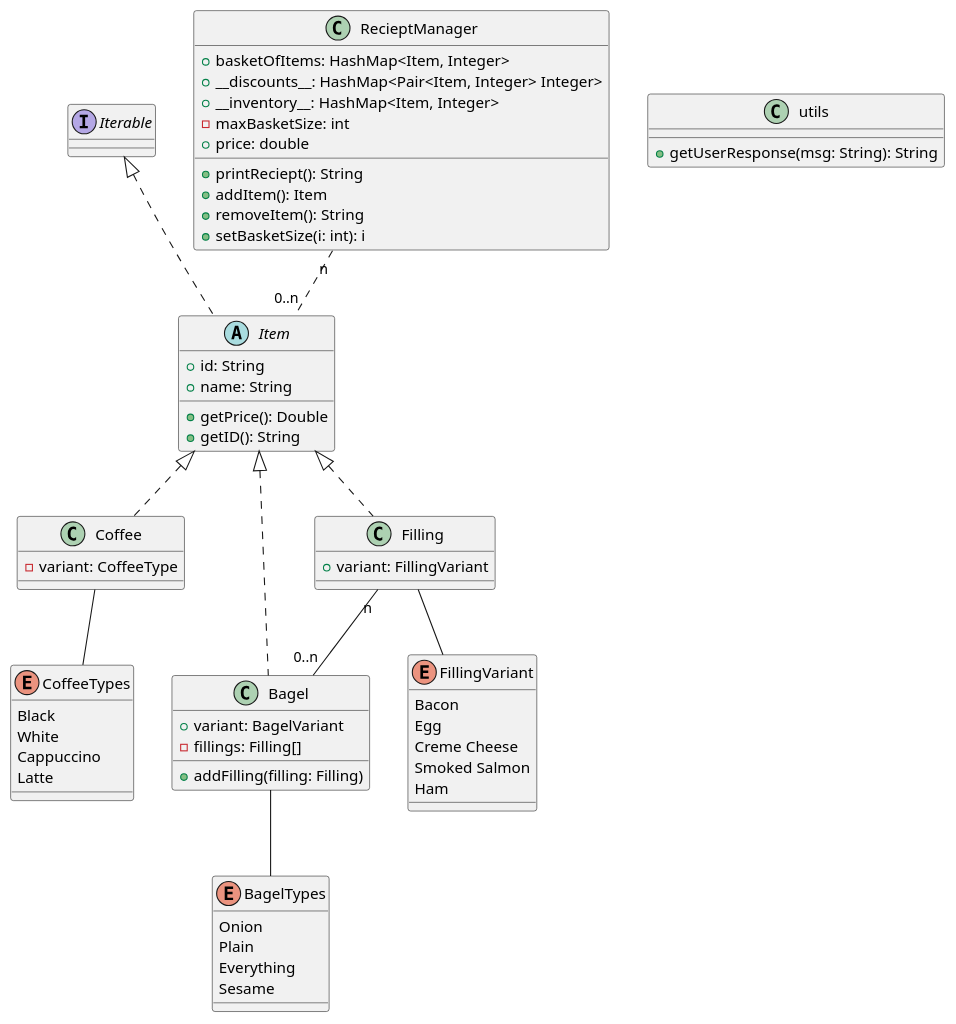
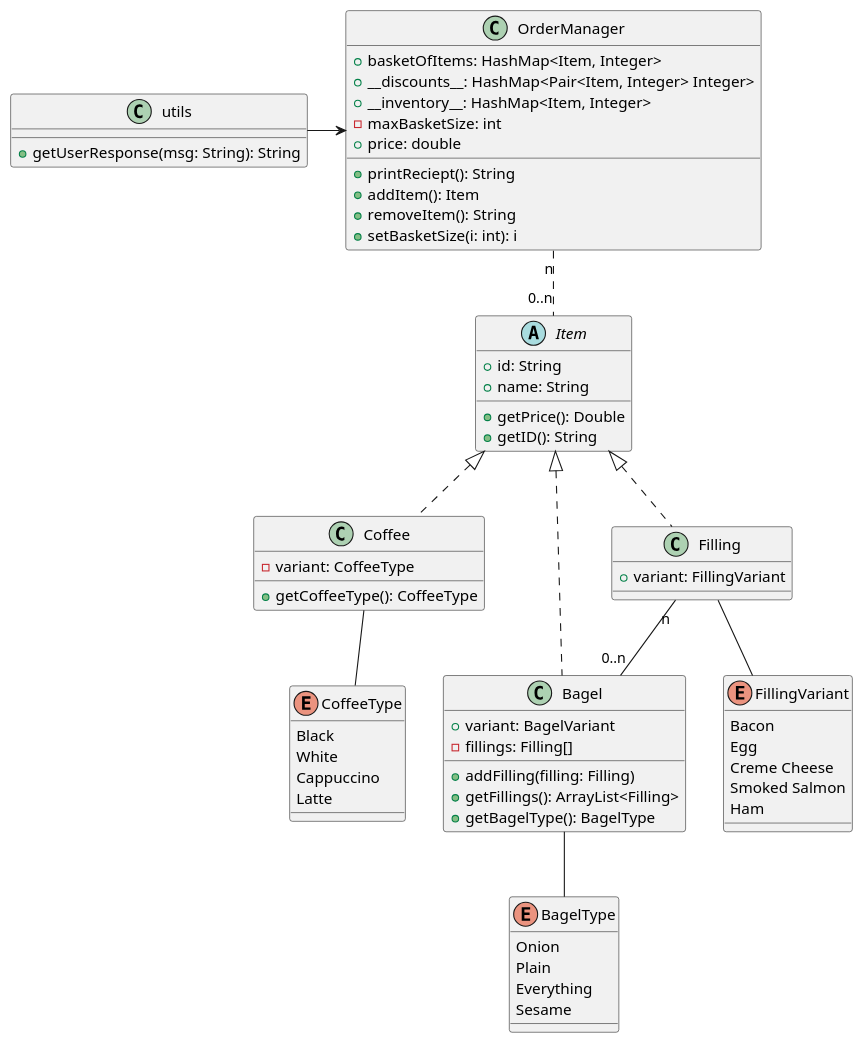
The diagram in ClassDiagram.puml (boolean-uk/java-tdd-oop-bobs-bagels), drawn with PlantUML before and after one commit. The commit also changed 2 other files, not shown here.

```diff
--- a/ClassDiagram.puml
+++ b/ClassDiagram.puml
@@ -1,78 +1,83 @@
 @startuml
-Abstract class Item implements Iterable{
+Abstract class Item{
     + id: String
     + name: String
     + getPrice(): Double
     + getID(): String
 }
 
 class Bagel implements Item{
     + variant: BagelVariant
     - fillings: Filling[]
     + addFilling(filling: Filling)
     ' display cost of filling before adding
     ' should confirm with customer before adding filling
+    + getFillings(): ArrayList<Filling>
+    + getBagelType(): BagelType
 }
 
-enum BagelTypes{
+enum BagelType{
     Onion
     Plain
     Everything
     Sesame
 }
-Bagel -- BagelTypes
+Bagel -- BagelType
 
 
 class Coffee implements Item{
     - variant: CoffeeType
+    + getCoffeeType(): CoffeeType
 }
-enum CoffeeTypes {
+enum CoffeeType {
     Black
     White
     Cappuccino
     Latte
 }
 
-Coffee -- CoffeeTypes
+Coffee -- CoffeeType
 
 class Filling implements Item{
     + variant: FillingVariant
 }
 enum FillingVariant {
     Bacon
     Egg
     Creme Cheese
     Smoked Salmon
     Ham
 }
 
 Filling -- FillingVariant
 Filling "n" -- "0..n" Bagel
 
-class RecieptManager {
+class OrderManager {
     + basketOfItems: HashMap<Item, Integer>
     + __discounts__: HashMap<Pair<Item, Integer> Integer>
     ' HashMap<Item, Quantity of Items> new Price>
     + __inventory__: HashMap<Item, Integer>
     - maxBasketSize: int
     + price: double
     + printReciept(): String
         ' should print discount
     + addItem(): Item
     'addBagel should give user feedback when adding to full basket
     'should confirm with customer before adding to basket
     + removeItem(): String
     'should give user feedback when attempting to remove an item that doesn't exist.
     + setBasketSize(i: int): i
 
 }
 
-RecieptManager "n" .. "0..n" Item
+OrderManager "n" .. "0..n" Item
 
 class utils {
     + getUserResponse(msg: String): String
 }
 
+utils -> OrderManager
+
 
 
 @enduml
```
